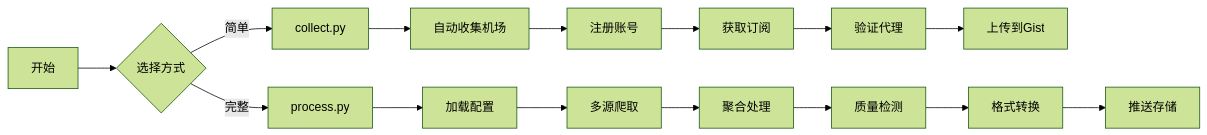
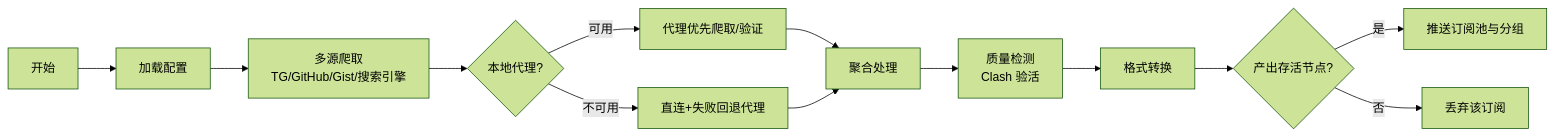
The diagram in README.md (AstBt/aggregator-web), drawn with Mermaid (forest theme) before and after one commit. The commit also changed other lines of this file and 3 other files, not shown here.

Commit message:
docs: 同步 README×3 与指南 HTML(移除 twitter/collect, 新增 gist源/本地代理/多模式搜索/精准推送)

````diff
--- a/README.md
+++ b/README.md
@@ -69,19 +50,15 @@
 ```mermaid
 graph LR
-    A[开始] --> B{选择方式}
-    B -->|简单| C[collect.py]
-    B -->|完整| D[process.py]
-
-    C --> E[自动收集机场]
-    E --> F[注册账号]
-    F --> G[获取订阅]
-    G --> H[验证代理]
-    H --> I[上传到Gist]
-
-    D --> J[加载配置]
-    J --> K[多源爬取]
-    K --> L[聚合处理]
-    L --> M[质量检测]
+    A[开始] --> D[加载配置]
+    D --> K[多源爬取<br/>TG/GitHub/Gist/搜索引擎]
+    K --> P{本地代理?}
+    P -->|可用| Q[代理优先爬取/验证]
+    P -->|不可用| R[直连+失败回退代理]
+    Q --> L[聚合处理]
+    R --> L
+    L --> M[质量检测<br/>Clash 验活]
     M --> N[格式转换]
-    N --> O[推送存储]
+    N --> S{产出存活节点?}
+    S -->|是| O[推送订阅池与分组]
+    S -->|否| T[丢弃该订阅]
 ```
````
